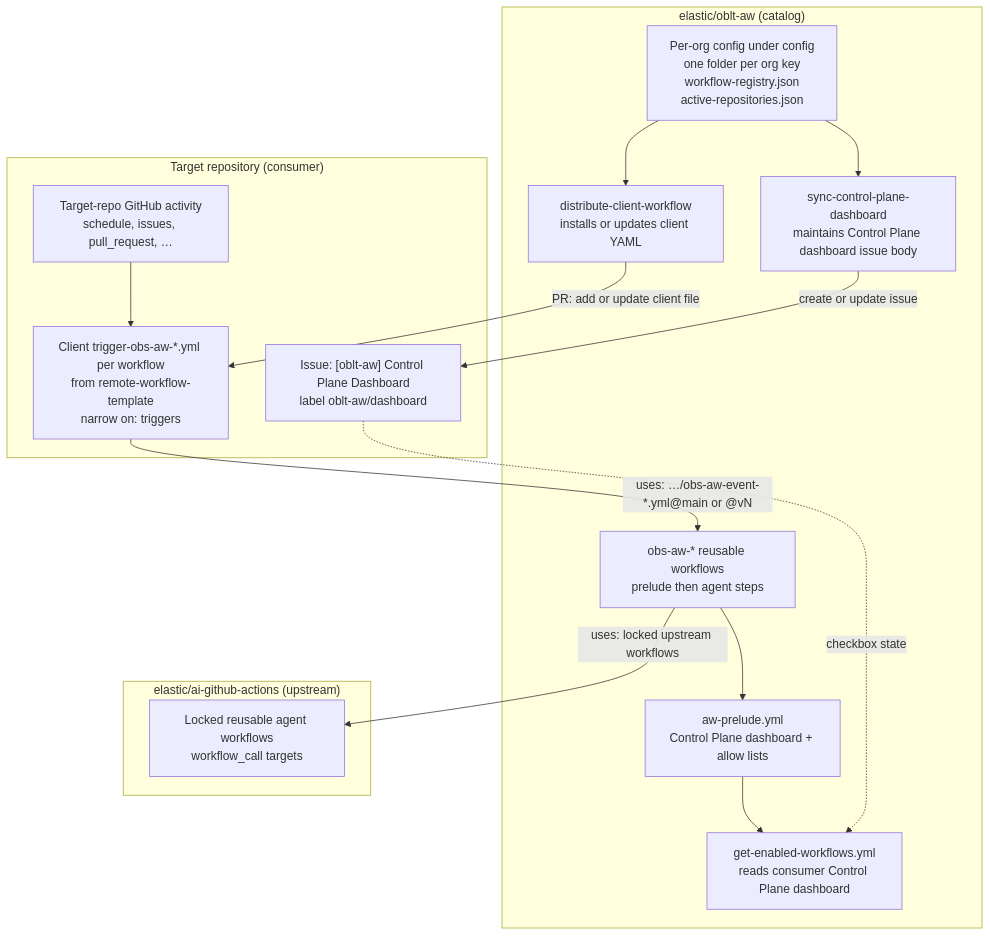
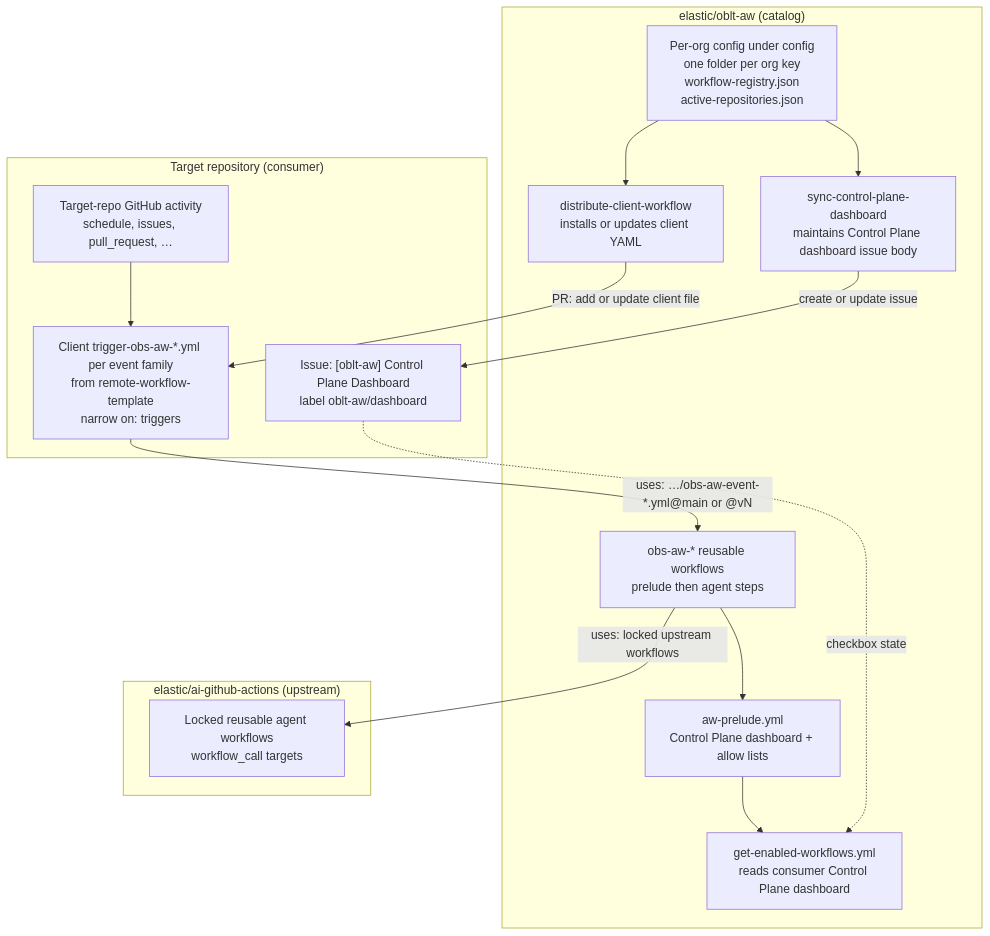
The first of 4 diagrams in docs/architecture/overview.md (elastic/oblt-aw), drawn with Mermaid before and after one commit. The commit also changed other lines of this file and 6 other files, not shown here.

````diff
--- a/docs/architecture/overview.md
+++ b/docs/architecture/overview.md
@@ -48,32 +49,32 @@
 ```mermaid
 flowchart TB
   subgraph OBLT["elastic/oblt-aw (catalog)"]
     CFG["Per-org config under config\none folder per org key\nworkflow-registry.json\nactive-repositories.json"]
     DIST["distribute-client-workflow\ninstalls or updates client YAML"]
     SYNC["sync-control-plane-dashboard\nmaintains Control Plane dashboard issue body"]
     PRE["aw-prelude.yml\nControl Plane dashboard + allow lists"]
     GET["get-enabled-workflows.yml\nreads consumer Control Plane dashboard"]
     GHA["obs-aw-* reusable workflows\nprelude then agent steps"]
     CFG --> DIST
     CFG --> SYNC
     PRE --> GET
     GHA --> PRE
   end
 
   subgraph UP["elastic/ai-github-actions (upstream)"]
     LOCK["Locked reusable agent workflows\nworkflow_call targets"]
   end
 
   subgraph CON["Target repository (consumer)"]
     EVT["Target-repo GitHub activity\nschedule, issues, pull_request, …"]
-    CLIENT["Client trigger-obs-aw-*.yml per workflow\nfrom remote-workflow-template\nnarrow on: triggers"]
+    CLIENT["Client trigger-obs-aw-*.yml per event family\nfrom remote-workflow-template\nnarrow on: triggers"]
     DASH["Issue: [oblt-aw] Control Plane Dashboard\nlabel oblt-aw/dashboard"]
     EVT --> CLIENT
     DASH -.->|checkbox state| GET
   end
 
   DIST -->|PR: add or update client file| CLIENT
   SYNC -->|create or update issue| DASH
   CLIENT -->|uses: …/obs-aw-event-*.yml@main or @vN| GHA
   GHA -->|uses: locked upstream workflows| LOCK
 ```
````
